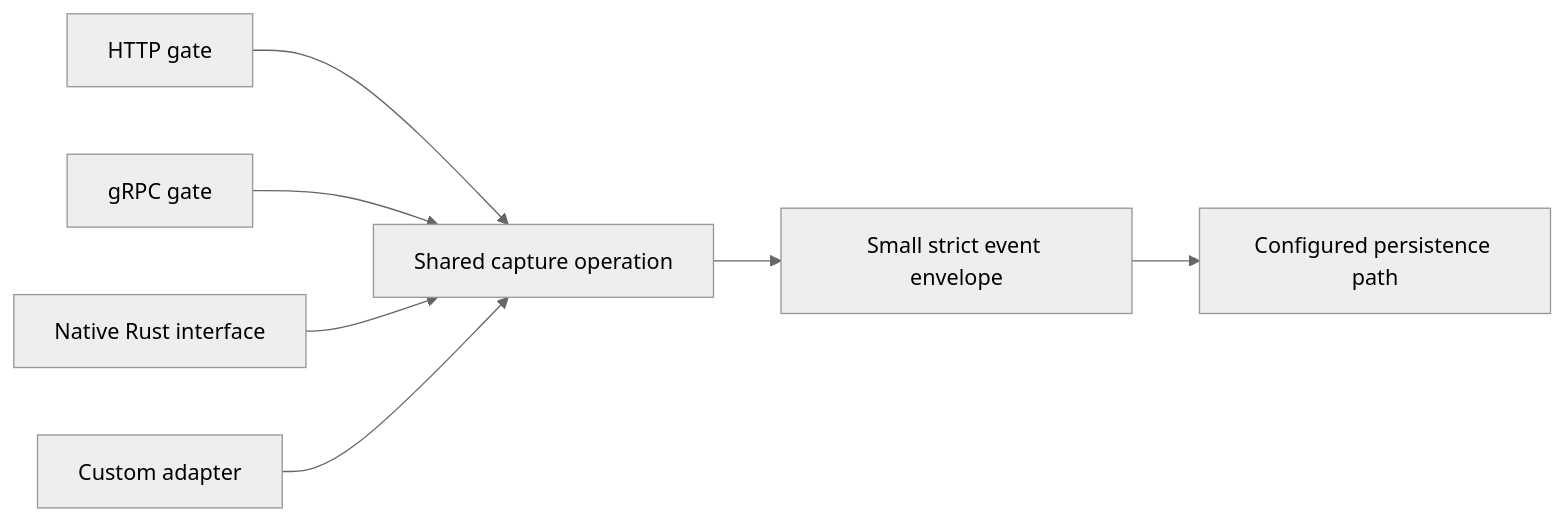
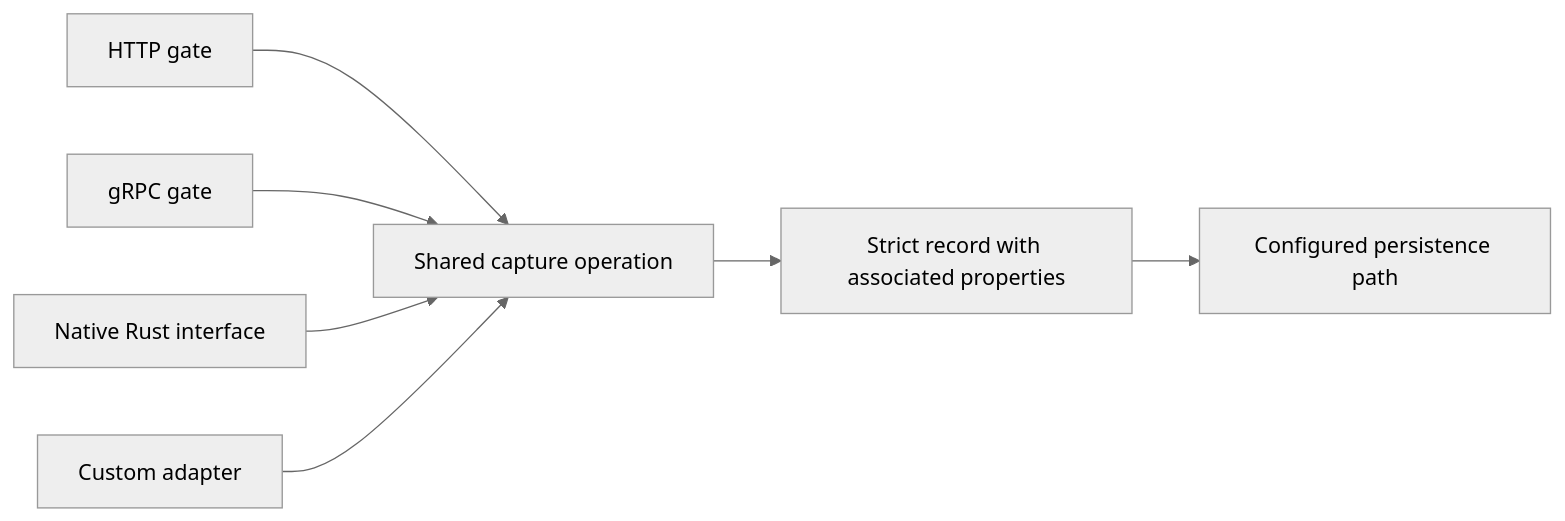
The diagram in design/gates-and-events.md (antimemeai/deleuze), drawn with Mermaid (neutral theme) before and after one commit. The commit also changed other lines of this file and 8 other files, not shown here.

Commit message:
Separate schema-defined record fields from associated properties

````diff
--- a/design/gates-and-events.md
+++ b/design/gates-and-events.md
@@ -25,9 +26,9 @@
 ```mermaid
 flowchart LR
     H[HTTP gate] --> C[Shared capture operation]
     G[gRPC gate] --> C
     R[Native Rust interface] --> C
     A[Custom adapter] --> C
-    C --> E[Small strict event envelope]
+    C --> E[Strict record with associated properties]
     E --> P[Configured persistence path]
 ```
````
